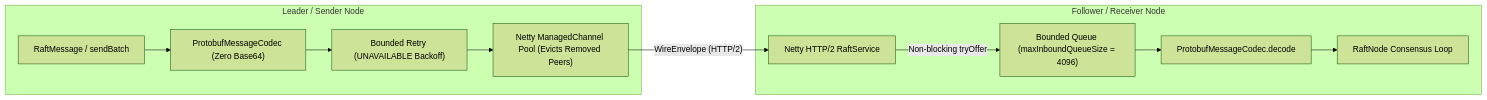
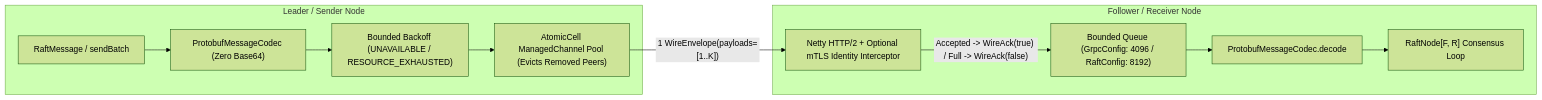
The fourth of 4 diagrams in docs/book/10-performance-vs-safety.md (bmscomp/raft), drawn with Mermaid (forest theme) before and after one commit. The commit also changed other lines of this file and 27 other files, not shown here.

Commit message:
docs(book): enhance Raft design analysis, implementation architecture, and all 18 runnable examples

````diff
--- a/docs/book/10-performance-vs-safety.md
+++ b/docs/book/10-performance-vs-safety.md
@@ -260,20 +260,20 @@
 ```mermaid
 flowchart LR
     subgraph Sender["Leader / Sender Node"]
         RM["RaftMessage / sendBatch"]
         PBC["ProtobufMessageCodec (Zero Base64)"]
-        RETRY["Bounded Retry (UNAVAILABLE Backoff)"]
-        CH["Netty ManagedChannel Pool (Evicts Removed Peers)"]
+        RETRY["Bounded Backoff (UNAVAILABLE / RESOURCE_EXHAUSTED)"]
+        CH["AtomicCell ManagedChannel Pool (Evicts Removed Peers)"]
     end
 
     subgraph Receiver["Follower / Receiver Node"]
-        SRV["Netty HTTP/2 RaftService"]
-        BQ["Bounded Queue (maxInboundQueueSize = 4096)"]
+        SRV["Netty HTTP/2 + Optional mTLS Identity Interceptor"]
+        BQ["Bounded Queue (GrpcConfig: 4096 / RaftConfig: 8192)"]
         DEC["ProtobufMessageCodec.decode"]
-        LOOP["RaftNode Consensus Loop"]
+        LOOP["RaftNode[F, R] Consensus Loop"]
     end
 
     RM --> PBC --> RETRY --> CH
-    CH -->|"WireEnvelope (HTTP/2)"| SRV
-    SRV -->|"Non-blocking tryOffer"| BQ --> DEC --> LOOP
+    CH -->|"1 WireEnvelope(payloads=[1..K])"| SRV
+    SRV -->|"Accepted -> WireAck(true) / Full -> WireAck(false)"| BQ --> DEC --> LOOP
 ```
````
